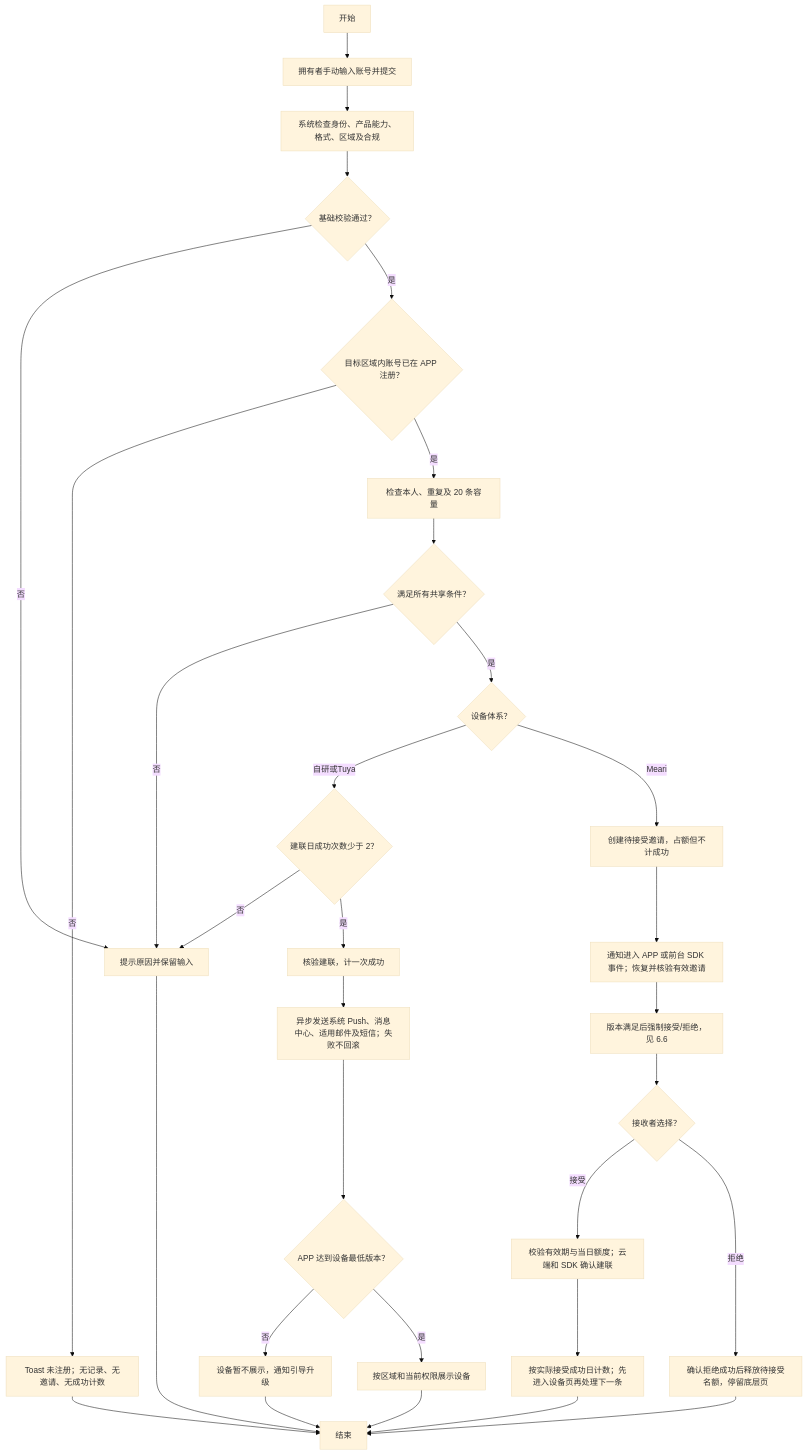
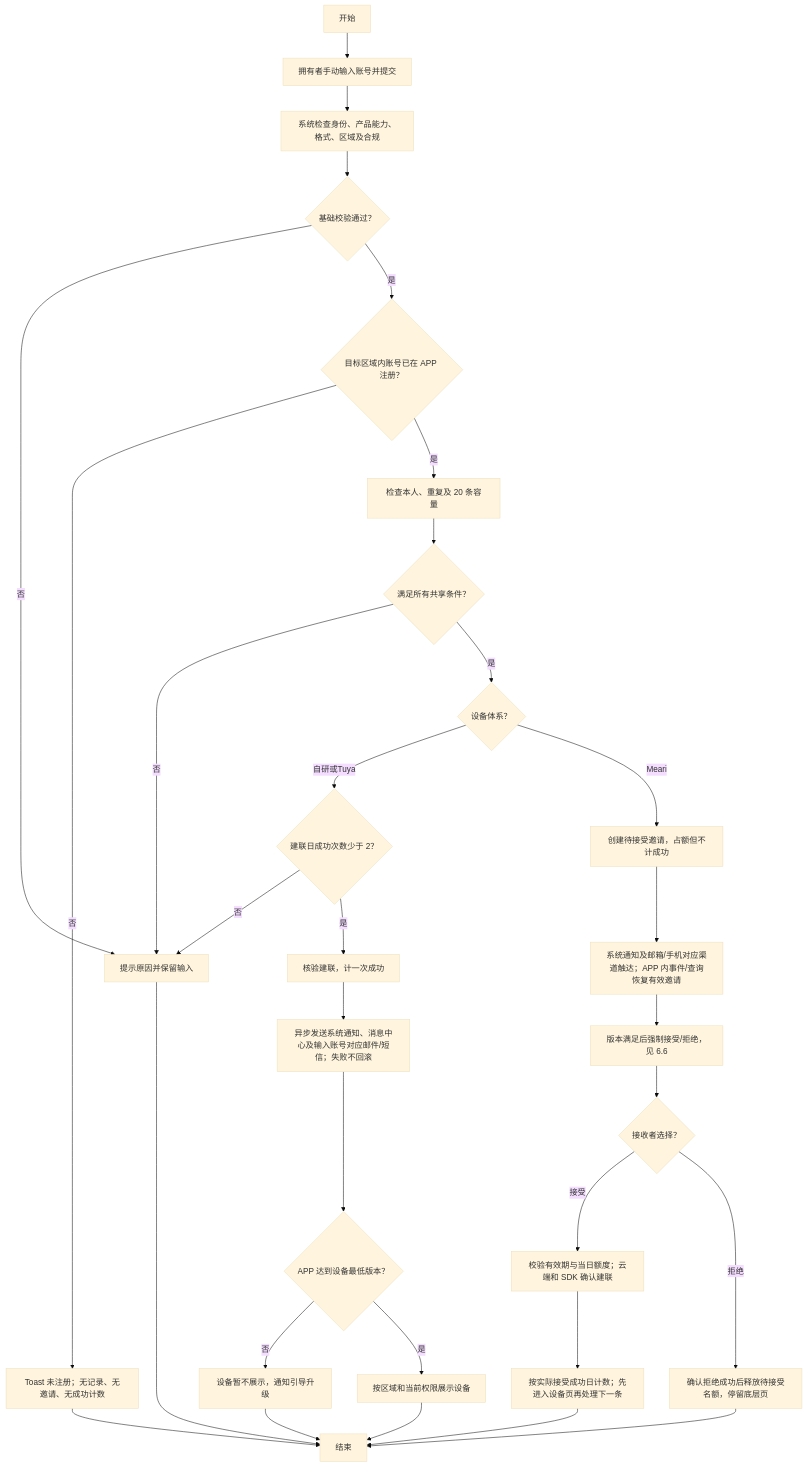
One commit to HawZZ/root-interactivable-prototype changed the second of 2 diagrams in prototypes/device-sharing-phase-2/prd.md. Above: the diagram before and after it, drawn with Mermaid (base theme). The commit also changed other lines of this file and 4 other files, not shown here.

````diff
--- a/prototypes/device-sharing-phase-2/prd.md
+++ b/prototypes/device-sharing-phase-2/prd.md
@@ -114,33 +114,33 @@
 ```mermaid
 flowchart TD
   A["开始"] --> B["拥有者手动输入账号并提交"]
   B --> C["系统检查身份、产品能力、格式、区域及合规"]
   C --> D{"基础校验通过？"}
   D -- 否 --> X["提示原因并保留输入"]
   D -- 是 --> E{"目标区域内账号已在 APP 注册？"}
   E -- 否 --> F["Toast 未注册；无记录、无邀请、无成功计数"]
   E -- 是 --> G["检查本人、重复及 20 条容量"]
   G --> H{"满足所有共享条件？"}
   H -- 否 --> X
   H -- 是 --> V{"设备体系？"}
   V -- 自研或Tuya --> DQ{"建联日成功次数少于 2？"}
   DQ -- 否 --> X
   DQ -- 是 --> I["核验建联，计一次成功"]
   V -- Meari --> P["创建待接受邀请，占额但不计成功"]
-  P --> Q["通知进入 APP 或前台 SDK 事件；恢复并核验有效邀请"]
+  P --> Q["系统通知及邮箱/手机对应渠道触达；APP 内事件/查询恢复有效邀请"]
   Q --> R["版本满足后强制接受/拒绝，见 6.6"]
   R --> T{"接收者选择？"}
   T -- 接受 --> U["校验有效期与当日额度；云端和 SDK 确认建联"]
   U --> N["按实际接受成功日计数；先进入设备页再处理下一条"]
   N --> Z
   T -- 拒绝 --> W["确认拒绝成功后释放待接受名额，停留底层页"]
   W --> Z
-  I --> J["异步发送系统 Push、消息中心、适用邮件及短信；失败不回滚"]
+  I --> J["异步发送系统通知、消息中心及输入账号对应邮件/短信；失败不回滚"]
   J --> K{"APP 达到设备最低版本？"}
   K -- 否 --> L["设备暂不展示，通知引导升级"]
   K -- 是 --> M["按区域和当前权限展示设备"]
   L --> Z["结束"]
   M --> Z
   X --> Z
   F --> Z
 ```
````
